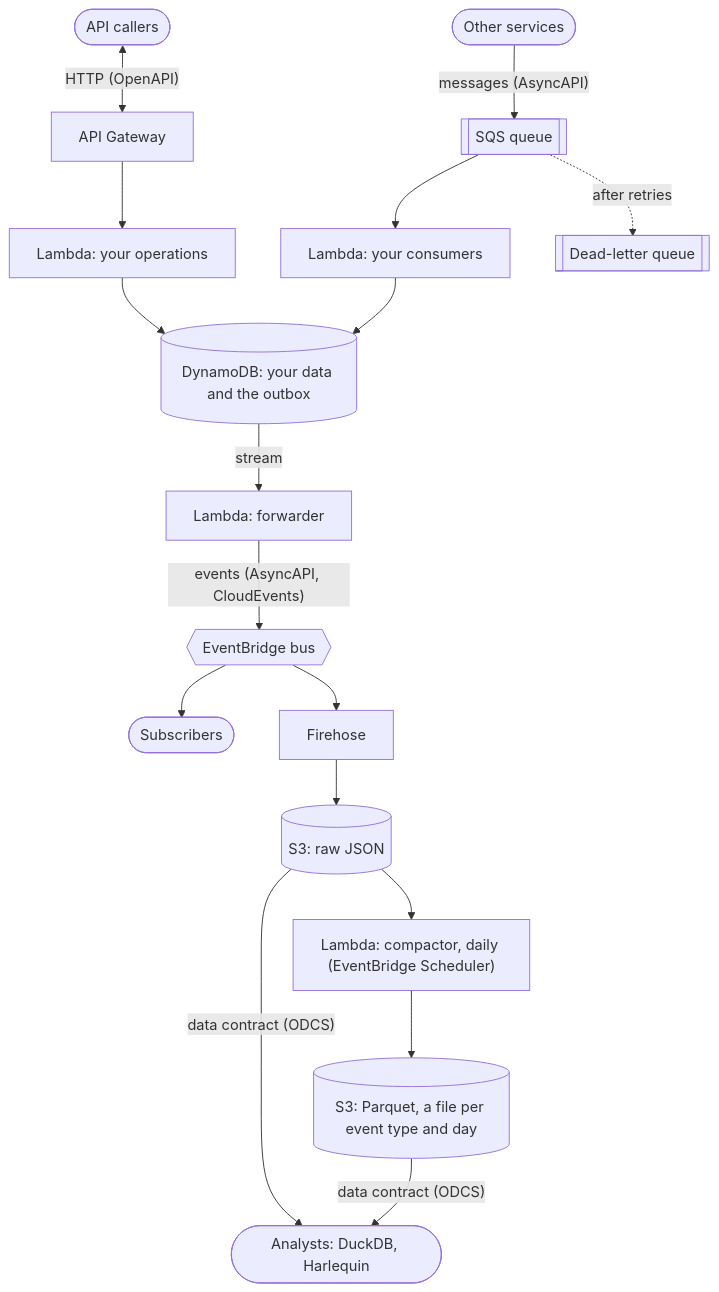
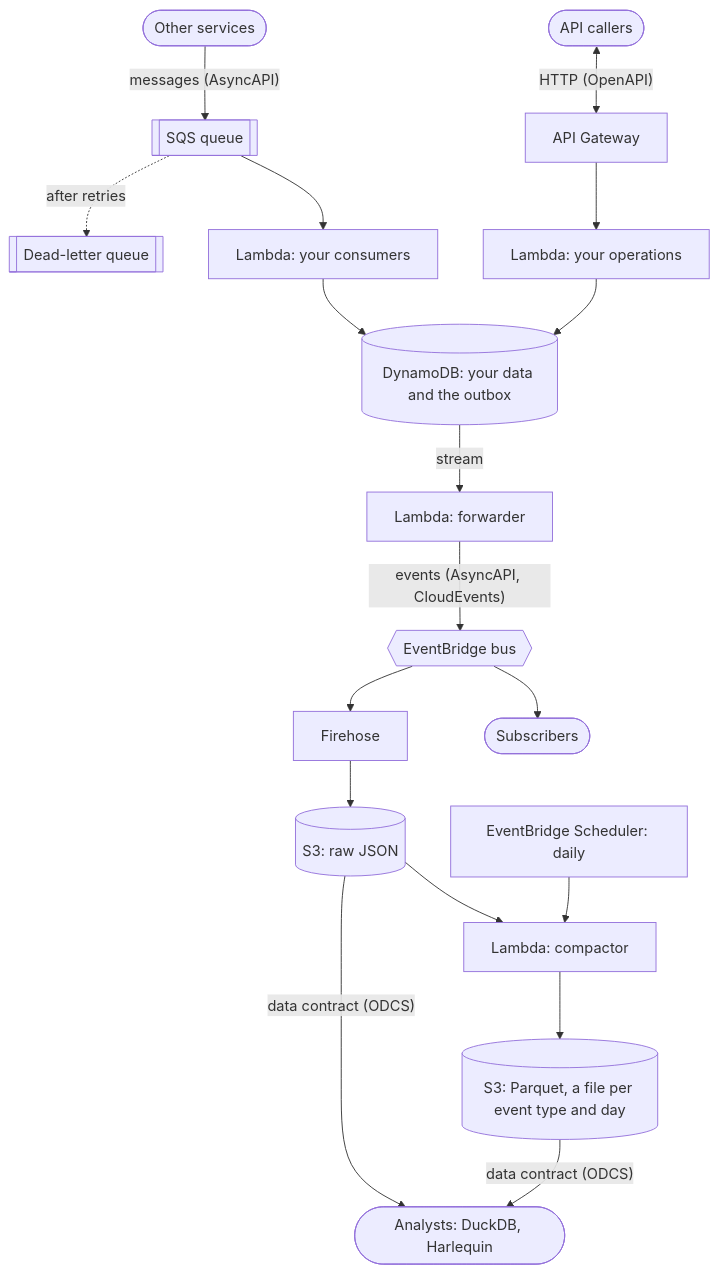
One commit to hungovercoders/template-aws-api changed the diagram in README.md. Above: the diagram before and after it, drawn with Mermaid. The commit also changed other lines of this file and 2 other files, not shown here.

````diff
--- a/README.md
+++ b/README.md
@@ -67,22 +69,23 @@
 ```mermaid
 flowchart TB
   caller(["API callers"]) <-->|"HTTP (OpenAPI)"| gateway["API Gateway"]
   gateway --> api["Lambda: your operations"]
   api --> table[("DynamoDB: your data and the outbox")]
   %% component:consume:start
   sender(["Other services"]) -->|"messages (AsyncAPI)"| queue[["SQS queue"]]
   queue --> consumer["Lambda: your consumers"]
   queue -.->|"after retries"| dlq[["Dead-letter queue"]]
   consumer --> table
   %% component:consume:end
   %% component:publish:start
   table -->|"stream"| forwarder["Lambda: forwarder"]
   forwarder -->|"events (AsyncAPI, CloudEvents)"| bus{{"EventBridge bus"}}
   bus --> subscriber(["Subscribers"])
   %% component:publish:end
   %% component:data:start
   bus --> firehose["Firehose"] --> raw[("S3: raw JSON")]
-  raw --> compactor["Lambda: compactor, daily (EventBridge Scheduler)"] --> parquet[("S3: Parquet, a file per event type and day")]
+  schedule["EventBridge Scheduler: daily"] --> compactor["Lambda: compactor"]
+  raw --> compactor --> parquet[("S3: Parquet, a file per event type and day")]
   raw & parquet -->|"data contract (ODCS)"| analyst(["Analysts: DuckDB, Harlequin"])
   %% component:data:end
 ```
````
